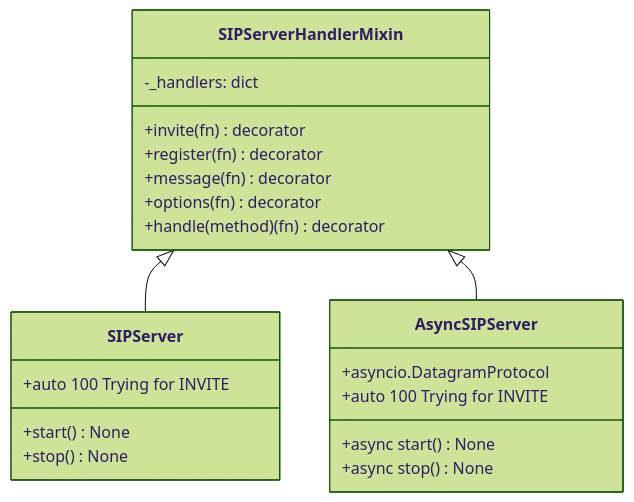
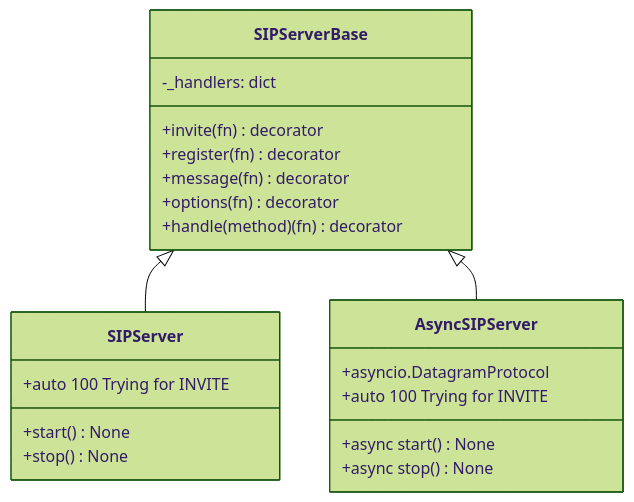
The third of 9 diagrams in docs/SDD.md (oornnery/sipx), drawn with Mermaid (forest theme) before and after one commit. The commit also changed other lines of this file and 77 other files, not shown here.

````diff
--- a/docs/SDD.md
+++ b/docs/SDD.md
@@ -355,27 +355,27 @@
 ```mermaid
 classDiagram
-    class SIPServerHandlerMixin {
+    class SIPServerBase {
         -_handlers: dict
         +invite(fn) decorator
         +register(fn) decorator
         +message(fn) decorator
         +options(fn) decorator
         +handle(method)(fn) decorator
     }
 
     class SIPServer {
         +start() None
         +stop() None
         +auto 100 Trying for INVITE
     }
 
     class AsyncSIPServer {
         +async start() None
         +async stop() None
         +asyncio.DatagramProtocol
         +auto 100 Trying for INVITE
     }
 
-    SIPServerHandlerMixin <|-- SIPServer
-    SIPServerHandlerMixin <|-- AsyncSIPServer
+    SIPServerBase <|-- SIPServer
+    SIPServerBase <|-- AsyncSIPServer
 ```
````
